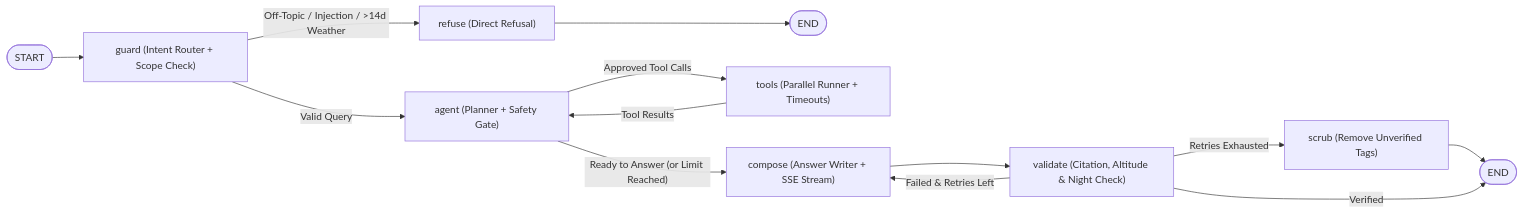
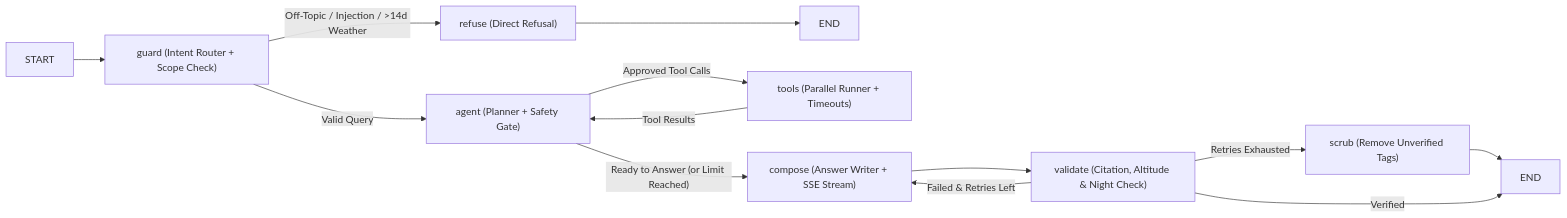
One commit to Waxguillermo/Astropilote changed the first of 2 diagrams in README.md. Above: the diagram before and after it, drawn with Mermaid. The commit also changed other lines of this file and 25 other files, not shown here.

````diff
--- a/README.md
+++ b/README.md
@@ -37,17 +37,17 @@
 ```mermaid
 flowchart LR
-    START(["START"]) --> G["guard (Intent Router + Scope Check)"]
+    START["START"] --> G["guard (Intent Router + Scope Check)"]
     G -->|"Off-Topic / Injection / >14d Weather"| R["refuse (Direct Refusal)"]
-    R --> END1(["END"])
+    R --> END1["END"]
 
     G -->|"Valid Query"| A["agent (Planner + Safety Gate)"]
     A -->|"Approved Tool Calls"| T["tools (Parallel Runner + Timeouts)"]
     T -->|"Tool Results"| A
 
     A -->|"Ready to Answer (or Limit Reached)"| C["compose (Answer Writer + SSE Stream)"]
     C --> V["validate (Citation, Altitude & Night Check)"]
     V -->|"Failed & Retries Left"| C
     V -->|"Retries Exhausted"| S["scrub (Remove Unverified Tags)"]
-    S --> END2(["END"])
+    S --> END2["END"]
     V -->|"Verified"| END2
 ```
````
